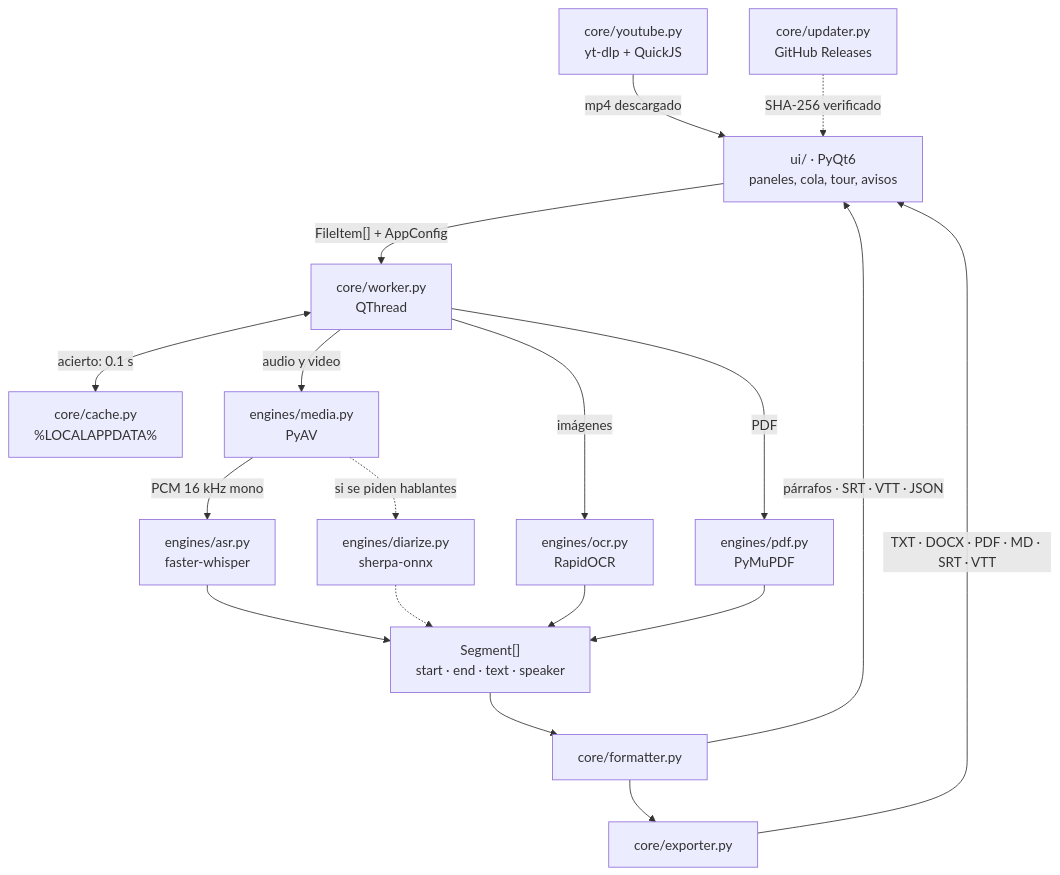
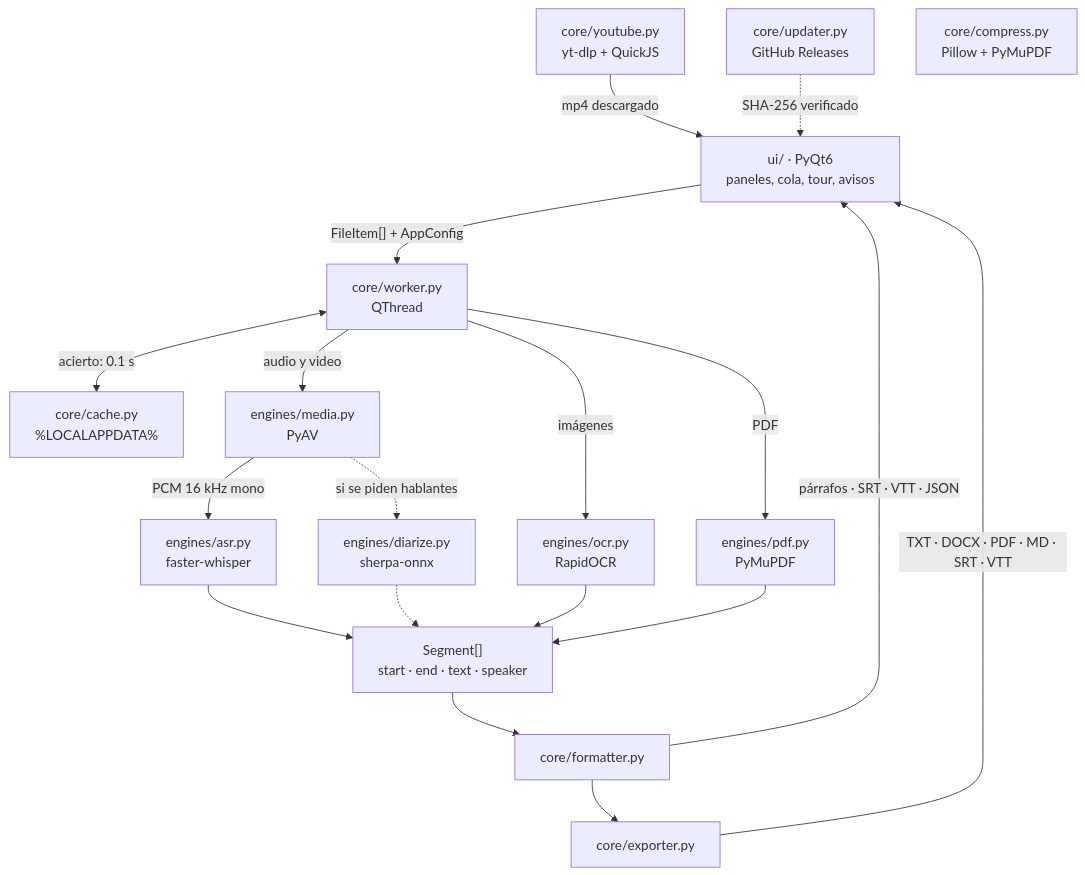
Before and after one commit to LOAD-13/Lexa: the diagram in README.md, drawn with Mermaid. The commit also changed other lines of this file and 11 other files, not shown here.

````diff
--- a/README.md
+++ b/README.md
@@ -66,34 +71,35 @@
 ```mermaid
 flowchart TD
     UI["ui/ · PyQt6<br/>paneles, cola, tour, avisos"]
     W["core/worker.py<br/>QThread"]
     CA["core/cache.py<br/>%LOCALAPPDATA%"]
     ME["engines/media.py<br/>PyAV"]
     AS["engines/asr.py<br/>faster-whisper"]
     DI["engines/diarize.py<br/>sherpa-onnx"]
     OC["engines/ocr.py<br/>RapidOCR"]
     PD["engines/pdf.py<br/>PyMuPDF"]
     SG["Segment[]<br/>start · end · text · speaker"]
     FO["core/formatter.py"]
     EX["core/exporter.py"]
     UP["core/updater.py<br/>GitHub Releases"]
     YT["core/youtube.py<br/>yt-dlp + QuickJS"]
+    CO["core/compress.py<br/>Pillow + PyMuPDF"]
 
     YT -->|"mp4 descargado"| UI
     UI -->|"FileItem[] + AppConfig"| W
     W <-->|"acierto: 0.1 s"| CA
     W -->|"audio y video"| ME
     ME -->|"PCM 16 kHz mono"| AS
     AS --> SG
     ME -.->|"si se piden hablantes"| DI
     DI -.-> SG
     W -->|"imágenes"| OC
     W -->|"PDF"| PD
     OC --> SG
     PD --> SG
     SG --> FO
     FO -->|"párrafos · SRT · VTT · JSON"| UI
     FO --> EX
     EX -->|"TXT · DOCX · PDF · MD · SRT · VTT"| UI
     UP -.->|"SHA-256 verificado"| UI
 ```
````
